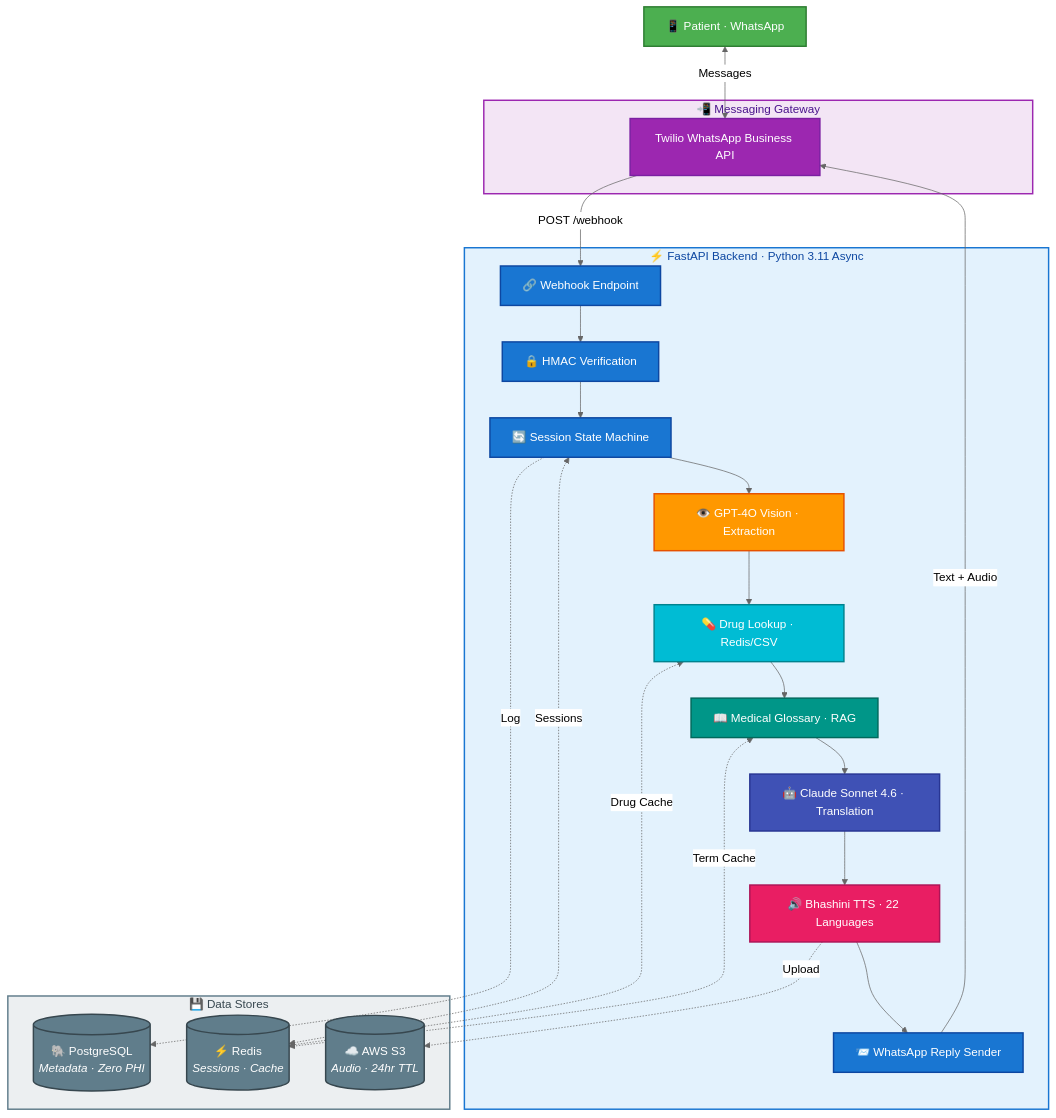
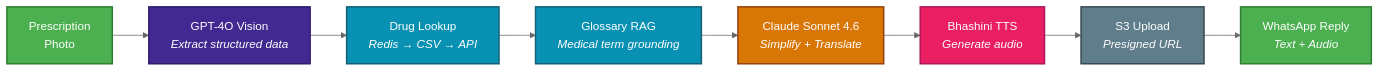
Before and after one commit to nishantgaurav23/SehatSamjho: the second of 3 diagrams in README.md, drawn with Mermaid (neutral theme). The commit also changed other lines of this file, not shown here.

Commit message:
docs: redesign README with layered architecture diagrams, problem framing, and full project overview

````diff
--- a/README.md
+++ b/README.md
@@ -46,54 +137,21 @@
 ```mermaid
-flowchart TB
-    P["📱 Patient · WhatsApp"]:::green
+flowchart LR
+    A["Prescription<br/>Photo"]:::input
+    B["GPT-4O Vision<br/><i>Extract structured data</i>"]:::openai
+    C["Drug Lookup<br/><i>Redis → CSV → API</i>"]:::data
+    D["Glossary RAG<br/><i>Medical term grounding</i>"]:::data
+    E["Claude Sonnet 4.6<br/><i>Simplify + Translate</i>"]:::anthropic
+    F["Bhashini TTS<br/><i>Generate audio</i>"]:::tts
+    G["S3 Upload<br/><i>Presigned URL</i>"]:::storage
+    H["WhatsApp Reply<br/><i>Text + Audio</i>"]:::output
 
-    subgraph GW["📲 Messaging Gateway"]
-        TW["Twilio WhatsApp Business API"]
-    end
+    A --> B --> C --> D --> E --> F --> G --> H
 
-    subgraph BE["⚡ FastAPI Backend · Python 3.11 Async"]
-        WH["🔗 Webhook Endpoint"]:::blue
-        SEC["🔒 HMAC Verification"]:::blue
-        SM["🔄 Session State Machine"]:::blue
-        EXT["👁️ GPT-4O Vision · Extraction"]:::orange
-        DRUG["💊 Drug Lookup · Redis/CSV"]:::cyan
-        GLOSS["📖 Medical Glossary · RAG"]:::teal
-        TRANS["🤖 Claude Sonnet 4.6 · Translation"]:::indigo
-        TTS["🔊 Bhashini TTS · 22 Languages"]:::pink
-        SEND["📨 WhatsApp Reply Sender"]:::blue
-    end
-
-    subgraph DS["💾 Data Stores"]
-        PG[("🐘 PostgreSQL<br/><i>Metadata · Zero PHI</i>")]:::grey
-        REDIS[("⚡ Redis<br/><i>Sessions · Cache</i>")]:::grey
-        S3[("☁️ AWS S3<br/><i>Audio · 24hr TTL</i>")]:::grey
-    end
-
-    P <-->|"Messages"| TW
-    TW -->|"POST /webhook"| WH
-    WH --> SEC --> SM
-    SM --> EXT --> DRUG --> GLOSS --> TRANS --> TTS --> SEND
-    SEND -->|"Text + Audio"| TW
-
-    SM <-.->|"Sessions"| REDIS
-    DRUG <-.->|"Drug Cache"| REDIS
-    GLOSS <-.->|"Term Cache"| REDIS
-    SM -.->|"Log"| PG
-    TTS -.->|"Upload"| S3
-
-    style GW fill:#F3E5F5,stroke:#9C27B0,stroke-width:2px,color:#4A148C
-    style BE fill:#E3F2FD,stroke:#1976D2,stroke-width:2px,color:#0D47A1
-    style DS fill:#ECEFF1,stroke:#607D8B,stroke-width:2px,color:#37474F
-
-    classDef green fill:#4CAF50,stroke:#2E7D32,stroke-width:2px,color:#fff
-    classDef purple fill:#9C27B0,stroke:#7B1FA2,stroke-width:2px,color:#fff
-    classDef blue fill:#1976D2,stroke:#0D47A1,stroke-width:2px,color:#fff
-    classDef orange fill:#FF9800,stroke:#E65100,stroke-width:2px,color:#fff
-    classDef indigo fill:#3F51B5,stroke:#283593,stroke-width:2px,color:#fff
-    classDef cyan fill:#00BCD4,stroke:#00838F,stroke-width:2px,color:#fff
-    classDef teal fill:#009688,stroke:#00695C,stroke-width:2px,color:#fff
-    classDef pink fill:#E91E63,stroke:#AD1457,stroke-width:2px,color:#fff
-    classDef grey fill:#607D8B,stroke:#37474F,stroke-width:2px,color:#fff
-
-    class TW purple
+    classDef input fill:#4CAF50,stroke:#2E7D32,stroke-width:2px,color:#fff
+    classDef openai fill:#412991,stroke:#2D1B69,stroke-width:2px,color:#fff
+    classDef anthropic fill:#D97706,stroke:#92400E,stroke-width:2px,color:#fff
+    classDef data fill:#0891B2,stroke:#155E75,stroke-width:2px,color:#fff
+    classDef tts fill:#E91E63,stroke:#AD1457,stroke-width:2px,color:#fff
+    classDef storage fill:#607D8B,stroke:#37474F,stroke-width:2px,color:#fff
+    classDef output fill:#4CAF50,stroke:#2E7D32,stroke-width:2px,color:#fff
 ```
````
